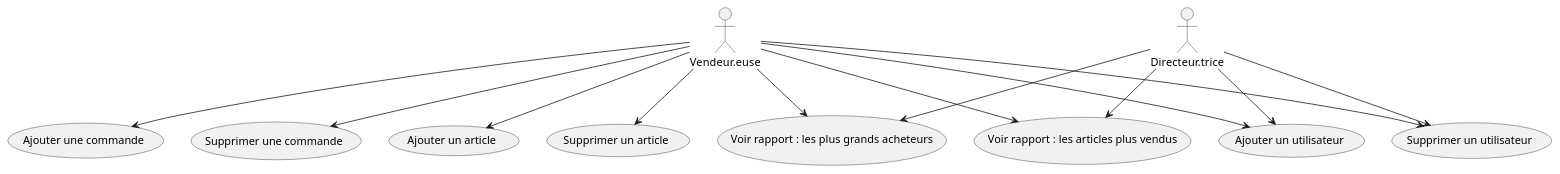
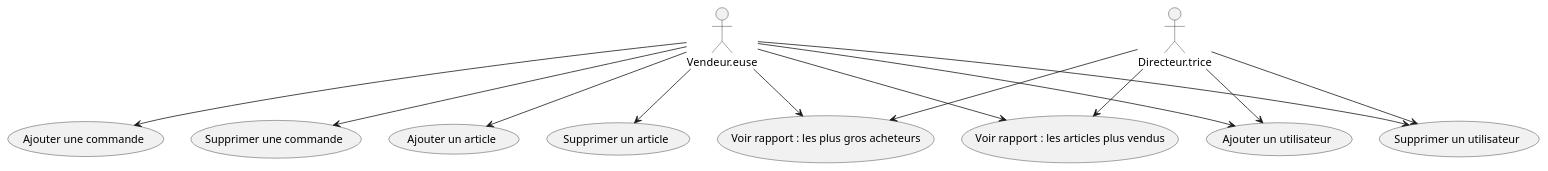
The diagram in docs/views/use_case.puml (theobrogrammer/log430-a25-labo2), drawn with PlantUML before and after one commit. The commit also changed 28 other files, not shown here.

```diff
--- a/docs/views/use_case.puml
+++ b/docs/views/use_case.puml
@@ -1,14 +1,14 @@
 @startuml
     Vendeur.euse --> (Ajouter une commande)
     Vendeur.euse --> (Supprimer une commande)
     Vendeur.euse --> (Ajouter un article)
     Vendeur.euse --> (Supprimer un article)
     Vendeur.euse --> (Ajouter un utilisateur)
     Vendeur.euse --> (Supprimer un utilisateur)
-    Vendeur.euse--> (Voir rapport : les plus grands acheteurs)
+    Vendeur.euse--> (Voir rapport : les plus gros acheteurs)
     Vendeur.euse --> (Voir rapport : les articles plus vendus)
     Directeur.trice --> (Ajouter un utilisateur)
     Directeur.trice --> (Supprimer un utilisateur)
-    Directeur.trice --> (Voir rapport : les plus grands acheteurs)
+    Directeur.trice --> (Voir rapport : les plus gros acheteurs)
     Directeur.trice --> (Voir rapport : les articles plus vendus)
 @enduml
```
